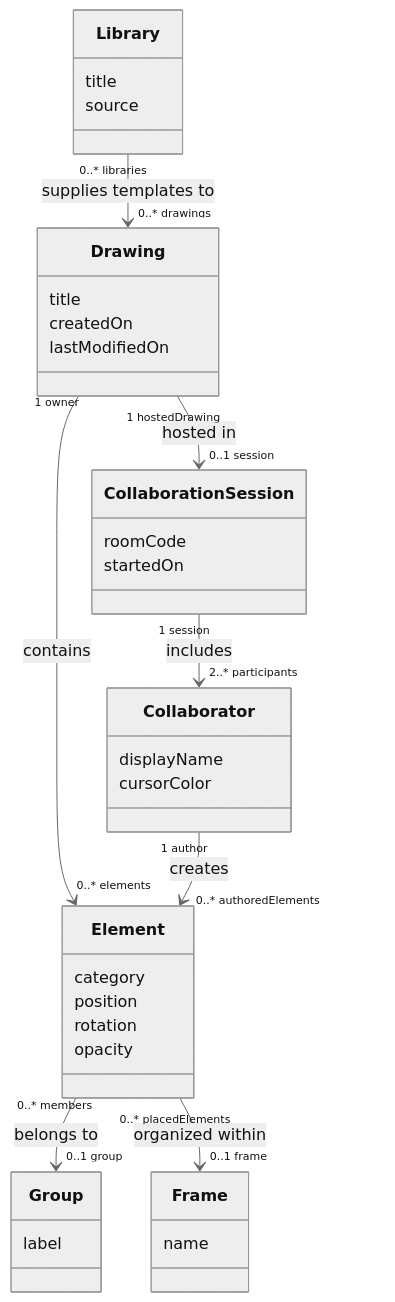
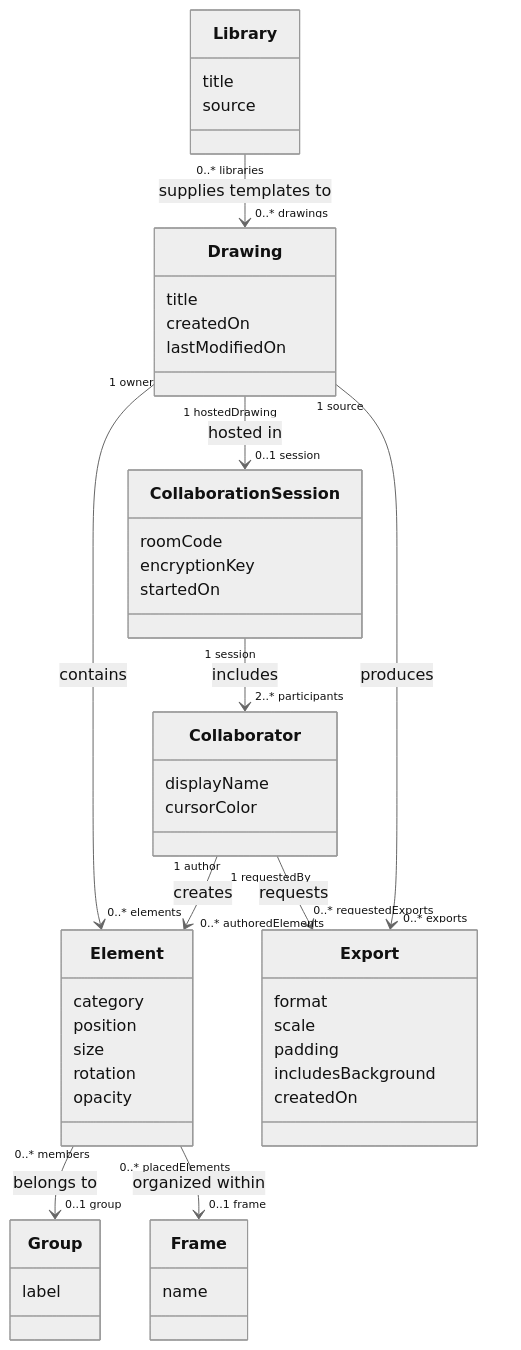
The diagram in docs/domain-model.mmd (mendozaa0130/excalidraw), drawn with Mermaid (neutral theme) before and after one commit. The commit also changed 9 other files, not shown here.

```diff
--- a/docs/domain-model.mmd
+++ b/docs/domain-model.mmd
@@ -1,44 +1,55 @@
 %% Excalidraw domain model
 %% Conceptual classes from the problem domain (collaborative drawing/whiteboarding),
 %% not from the codebase's implementation classes.
 %% No methods, no visibility markers, no types on attributes — this is a domain model,
 %% not a class diagram.
 
 classDiagram
     class Drawing {
         title
         createdOn
         lastModifiedOn
     }
     class Element {
         category
         position
+        size
         rotation
         opacity
     }
     class Group {
         label
     }
     class Frame {
         name
     }
     class Collaborator {
         displayName
         cursorColor
     }
     class CollaborationSession {
         roomCode
+        encryptionKey
         startedOn
     }
     class Library {
         title
         source
+    }
+    class Export {
+        format
+        scale
+        padding
+        includesBackground
+        createdOn
     }
 
     Drawing "1 owner" --> "0..* elements" Element : contains
     Drawing "1 hostedDrawing" --> "0..1 session" CollaborationSession : hosted in
     CollaborationSession "1 session" --> "2..* participants" Collaborator : includes
     Collaborator "1 author" --> "0..* authoredElements" Element : creates
     Element "0..* members" --> "0..1 group" Group : belongs to
     Element "0..* placedElements" --> "0..1 frame" Frame : organized within
     Library "0..* libraries" --> "0..* drawings" Drawing : supplies templates to
+    Drawing "1 source" --> "0..* exports" Export : produces
+    Collaborator "1 requestedBy" --> "0..* requestedExports" Export : requests
```
